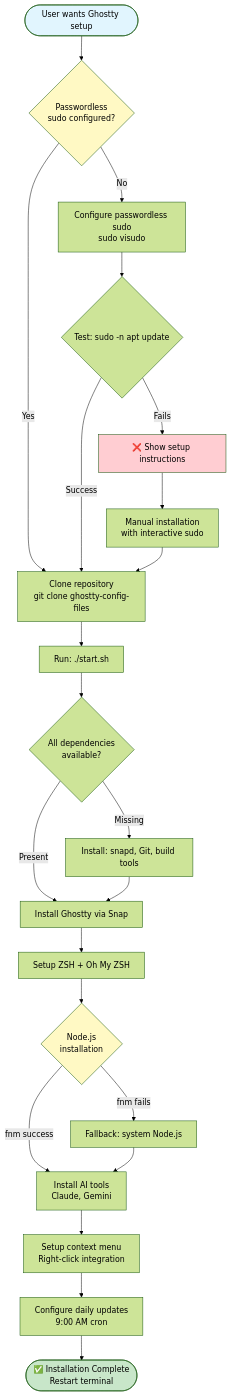
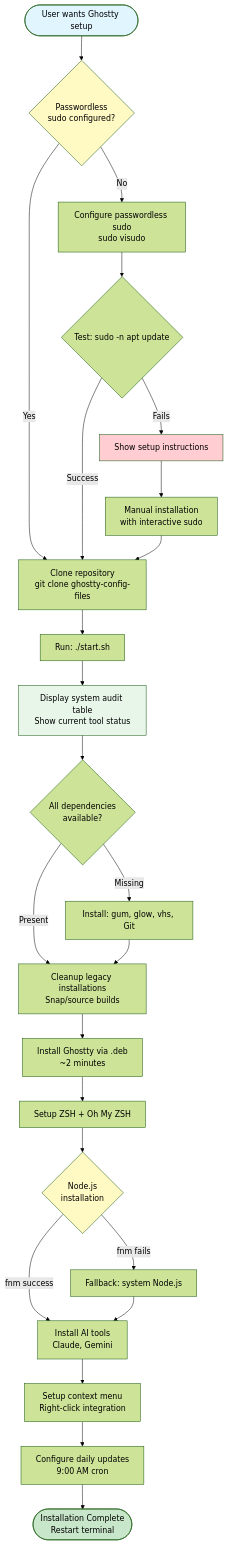
One commit to kairin/ghostty-config-files changed the diagram in README.md. Above: the diagram before and after it, drawn with Mermaid (forest theme). The commit also changed other lines of this file and 29 other files, not shown here.

````diff
--- a/README.md
+++ b/README.md
@@ -35,37 +41,40 @@
 ```mermaid
 flowchart TD
     Start([User wants Ghostty setup]) --> CheckSudo{Passwordless<br/>sudo configured?}
 
     CheckSudo -->|No| ConfigSudo[Configure passwordless sudo<br/>sudo visudo]
     CheckSudo -->|Yes| CloneRepo[Clone repository<br/>git clone ghostty-config-files]
     ConfigSudo --> TestSudo{Test: sudo -n apt update}
-    TestSudo -->|Fails| ShowError[❌ Show setup instructions]
+    TestSudo -->|Fails| ShowError[Show setup instructions]
     TestSudo -->|Success| CloneRepo
 
     CloneRepo --> RunInstall[Run: ./start.sh]
-    RunInstall --> CheckDeps{All dependencies<br/>available?}
+    RunInstall --> SystemAudit[Display system audit table<br/>Show current tool status]
+    SystemAudit --> CheckDeps{All dependencies<br/>available?}
 
-    CheckDeps -->|Missing| InstallDeps[Install: snapd, Git, build tools]
-    CheckDeps -->|Present| InstallGhostty[Install Ghostty via Snap]
-    InstallDeps --> InstallGhostty
+    CheckDeps -->|Missing| InstallDeps[Install: gum, glow, vhs, Git]
+    CheckDeps -->|Present| CleanupLegacy[Cleanup legacy installations<br/>Snap/source builds]
+    InstallDeps --> CleanupLegacy
 
+    CleanupLegacy --> InstallGhostty[Install Ghostty via .deb<br/>~2 minutes]
     InstallGhostty --> ConfigZsh[Setup ZSH + Oh My ZSH]
     ConfigZsh --> InstallNode{Node.js<br/>installation}
 
     InstallNode -->|fnm success| InstallAI[Install AI tools<br/>Claude, Gemini]
     InstallNode -->|fnm fails| SystemNode[Fallback: system Node.js]
     SystemNode --> InstallAI
 
     InstallAI --> ConfigContext[Setup context menu<br/>Right-click integration]
     ConfigContext --> DailyUpdates[Configure daily updates<br/>9:00 AM cron]
-    DailyUpdates --> Complete([✅ Installation Complete<br/>Restart terminal])
+    DailyUpdates --> Complete([Installation Complete<br/>Restart terminal])
 
     ShowError --> Manual[Manual installation<br/>with interactive sudo]
     Manual --> CloneRepo
 
     style Start fill:#e1f5fe
     style Complete fill:#c8e6c9
     style ShowError fill:#ffcdd2
     style CheckSudo fill:#fff9c4
     style InstallNode fill:#fff9c4
+    style SystemAudit fill:#e8f5e9
 ```
````
